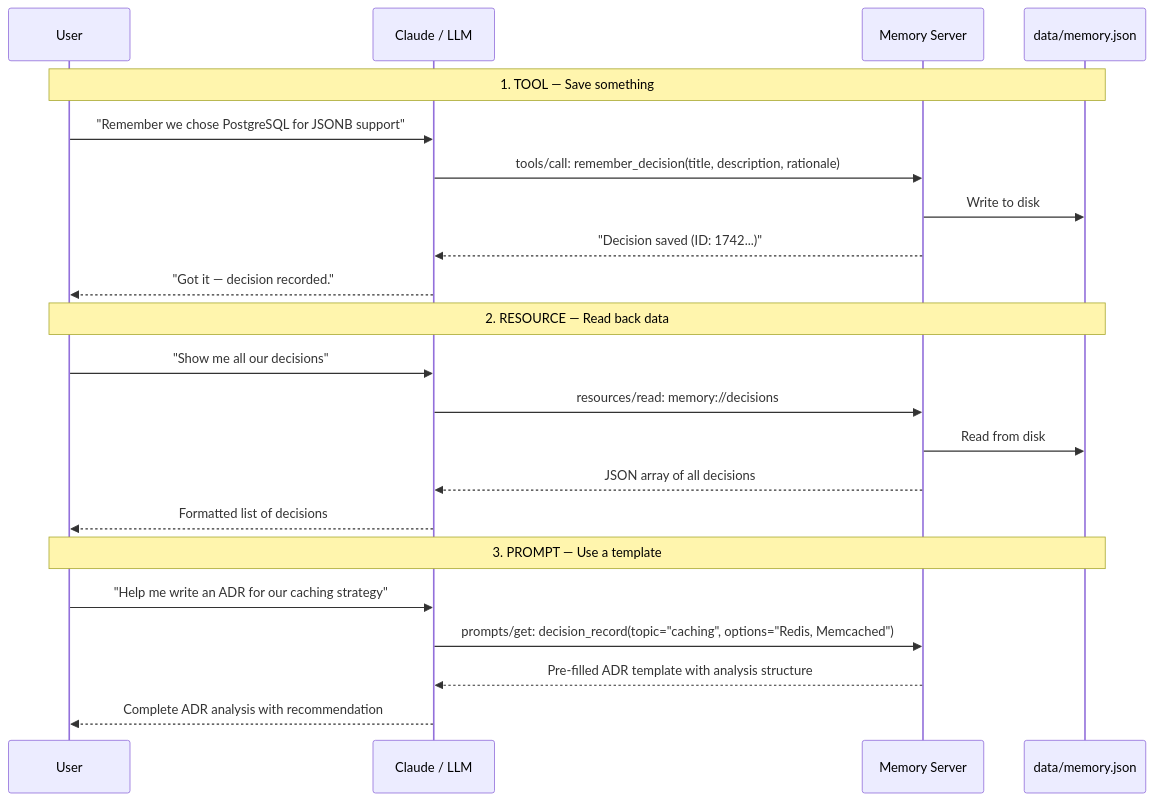
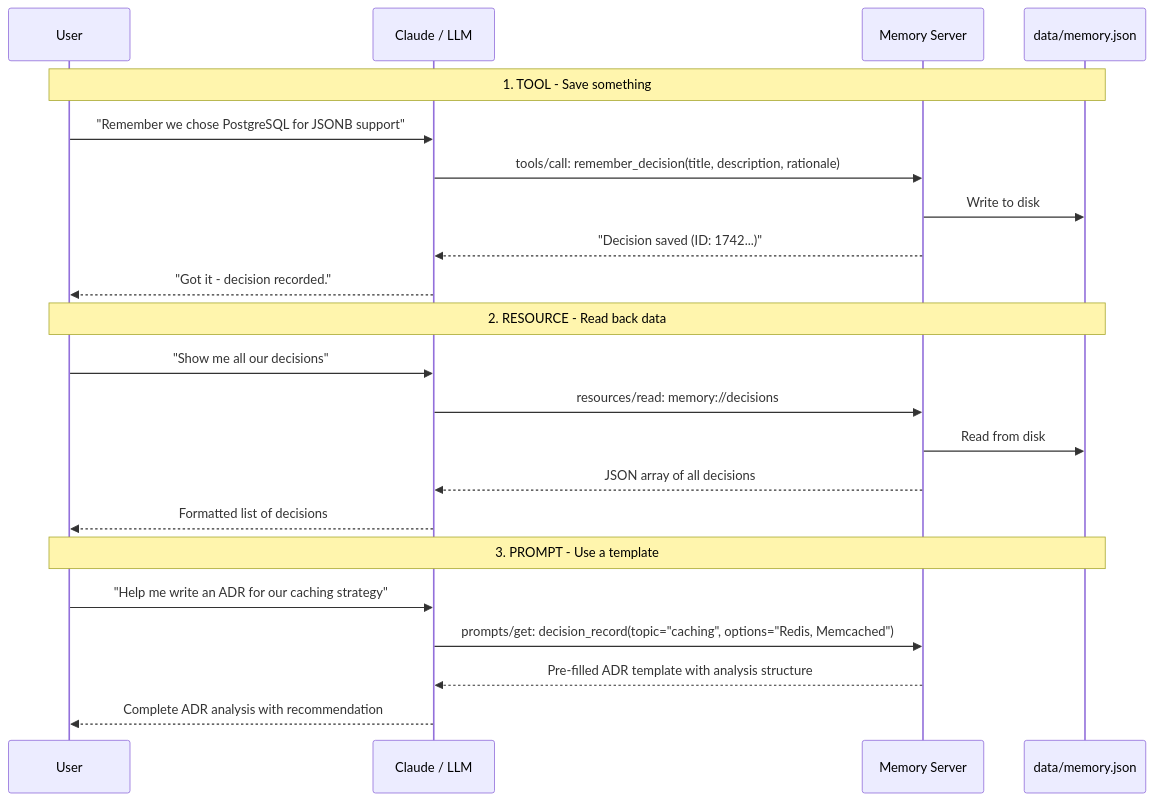
Before and after one commit to timothywarner-org/claude-code: the second of 5 diagrams in segment_4_hero/memory_server/README.md, drawn with Mermaid. The commit also changed other lines of this file and 45 other files, not shown here.

````diff
--- a/segment_4_hero/memory_server/README.md
+++ b/segment_4_hero/memory_server/README.md
@@ -54,27 +54,27 @@
 ```mermaid
 sequenceDiagram
     participant U as User
     participant C as Claude / LLM
     participant S as Memory Server
     participant D as data/memory.json
 
-    Note over U,D: 1. TOOL — Save something
+    Note over U,D: 1. TOOL - Save something
     U->>C: "Remember we chose PostgreSQL for JSONB support"
     C->>S: tools/call: remember_decision(title, description, rationale)
     S->>D: Write to disk
     S-->>C: "Decision saved (ID: 1742...)"
-    C-->>U: "Got it — decision recorded."
+    C-->>U: "Got it - decision recorded."
 
-    Note over U,D: 2. RESOURCE — Read back data
+    Note over U,D: 2. RESOURCE - Read back data
     U->>C: "Show me all our decisions"
     C->>S: resources/read: memory://decisions
     S->>D: Read from disk
     S-->>C: JSON array of all decisions
     C-->>U: Formatted list of decisions
 
-    Note over U,D: 3. PROMPT — Use a template
+    Note over U,D: 3. PROMPT - Use a template
     U->>C: "Help me write an ADR for our caching strategy"
     C->>S: prompts/get: decision_record(topic="caching", options="Redis, Memcached")
     S-->>C: Pre-filled ADR template with analysis structure
     C-->>U: Complete ADR analysis with recommendation
 ```
````
